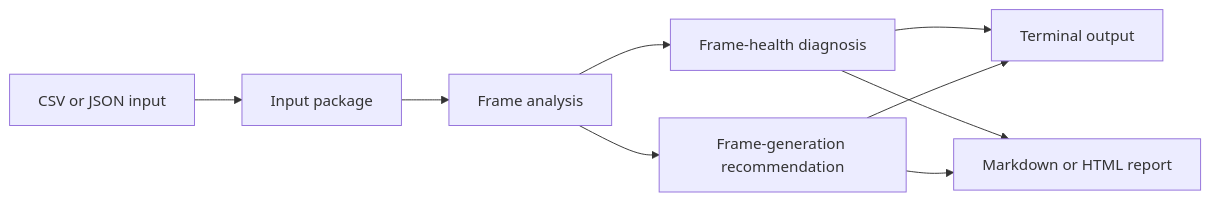
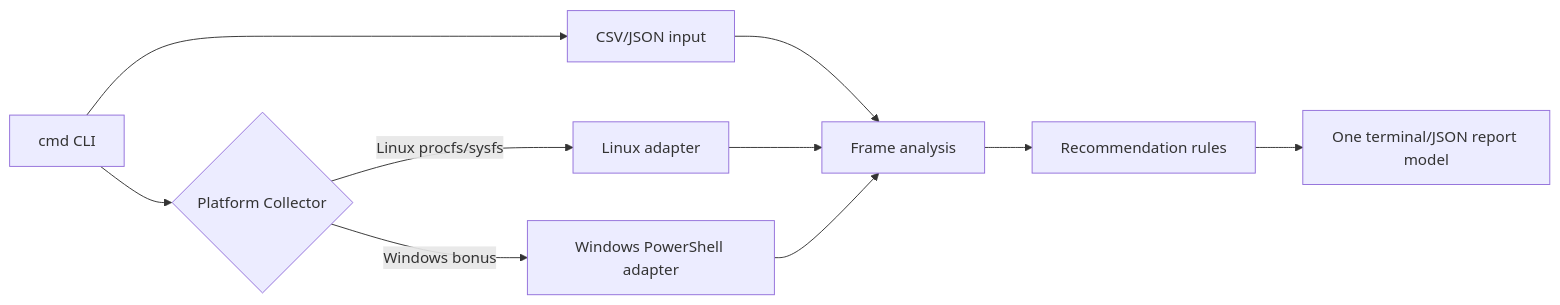
The diagram in README.md (lwyKevin/game-performance-advisor), drawn with Mermaid before and after one commit. The commit also changed other lines of this file and 30 other files, not shown here.

````diff
--- a/README.md
+++ b/README.md
@@ -173,11 +88,13 @@
 ```mermaid
 flowchart LR
-    A[CSV or JSON input] --> B[Input package]
-    B --> C[Frame analysis]
-    C --> D[Frame-health diagnosis]
-    C --> E[Frame-generation recommendation]
-    D --> F[Terminal output]
-    E --> F
-    D --> G[Markdown or HTML report]
-    E --> G
+    CLI[cmd CLI] --> INPUT[CSV/JSON input]
+    INPUT --> ANALYSIS[Frame analysis]
+    ANALYSIS --> RECOMMEND[Recommendation rules]
+    RECOMMEND --> REPORT[One terminal/JSON report model]
+
+    CLI --> COLLECTOR{Platform Collector}
+    COLLECTOR -->|Linux procfs/sysfs| LINUX[Linux adapter]
+    COLLECTOR -->|Windows bonus| WINDOWS[Windows PowerShell adapter]
+    LINUX --> ANALYSIS
+    WINDOWS --> ANALYSIS
 ```
````
